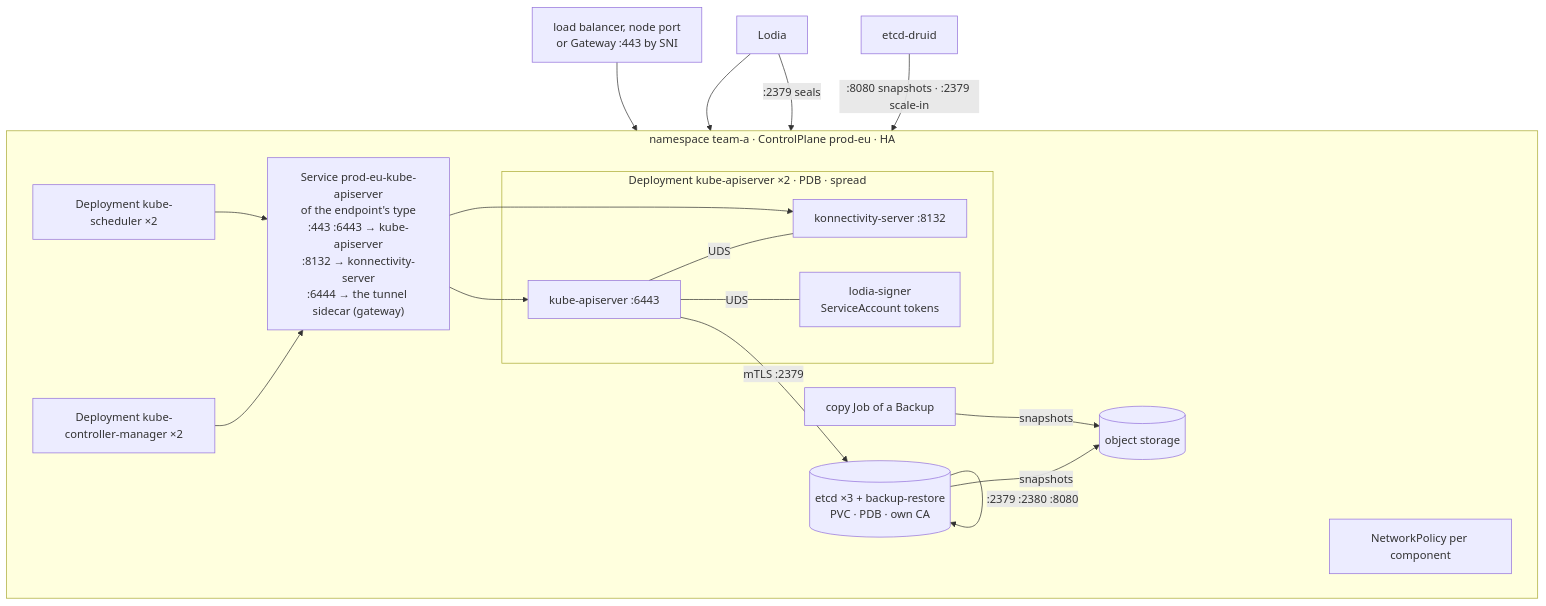
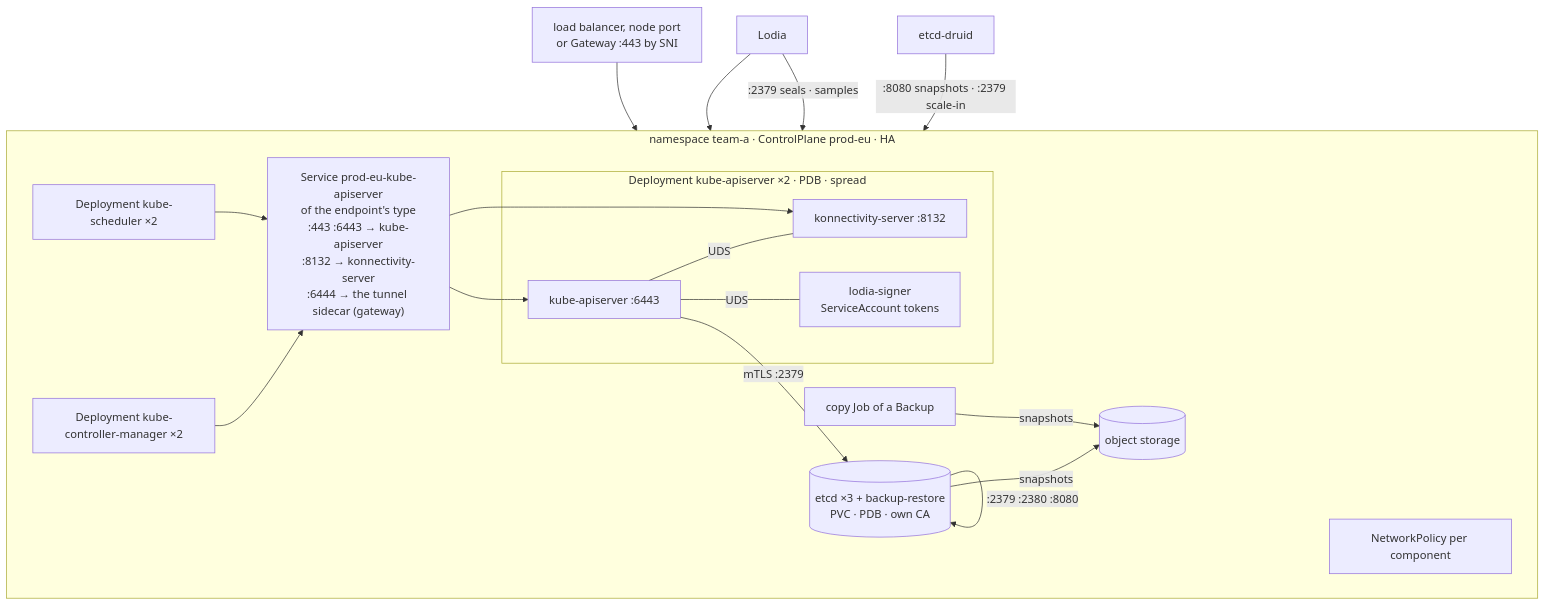
One commit to lodia-io/lodia changed the third of 7 diagrams in docs/README.md. Above: the diagram before and after it, drawn with Mermaid. The commit also changed other lines of this file and 19 other files, not shown here.

````diff
--- a/docs/README.md
+++ b/docs/README.md
@@ -84,26 +84,26 @@
 ```mermaid
 flowchart TB
   subgraph ns["namespace team-a · ControlPlane prod-eu · HA"]
     direction LR
     subgraph kas["Deployment kube-apiserver ×2 · PDB · spread"]
       a["kube-apiserver :6443"] ---|UDS| k["konnectivity-server :8132"]
       a ---|UDS| sg["lodia-signer<br/>ServiceAccount tokens"]
     end
     kcm["Deployment kube-controller-manager ×2"]
     sch["Deployment kube-scheduler ×2"]
     etcd[("etcd ×3 + backup-restore<br/>PVC · PDB · own CA")]
     svc["Service prod-eu-kube-apiserver<br/>of the endpoint's type<br/>:443 :6443 → kube-apiserver<br/>:8132 → konnectivity-server<br/>:6444 → the tunnel sidecar (gateway)"]
     np["NetworkPolicy per component"]
     kcm --> svc --> a
     sch --> svc
     svc --> k
     a -->|mTLS :2379| etcd
     etcd -->|":2379 :2380 :8080"| etcd
     etcd -->|snapshots| s3[(object storage)]
     cj["copy Job of a Backup"] -->|snapshots| s3
   end
   ep["load balancer, node port<br/>or Gateway :443 by SNI"] --> svc
   op["Lodia"] --> svc
-  op -->|":2379 seals"| etcd
+  op -->|":2379 seals · samples"| etcd
   druid["etcd-druid"] -->|":8080 snapshots · :2379 scale-in"| etcd
 ```
````
